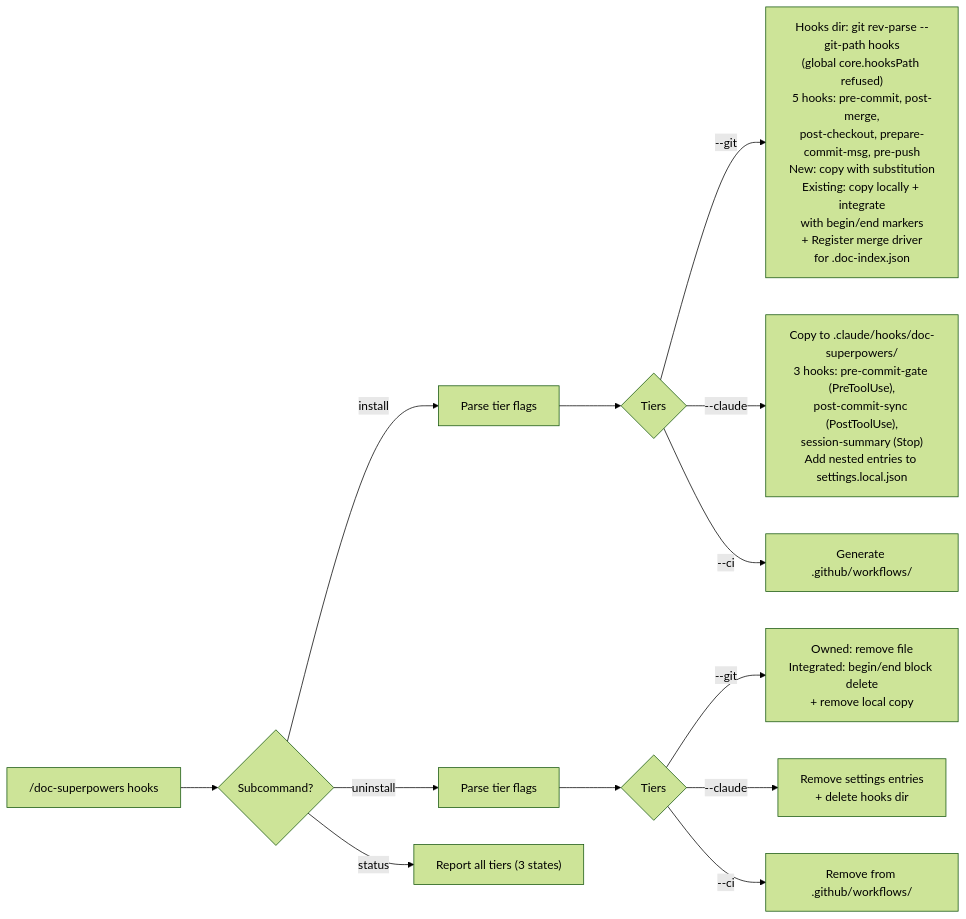
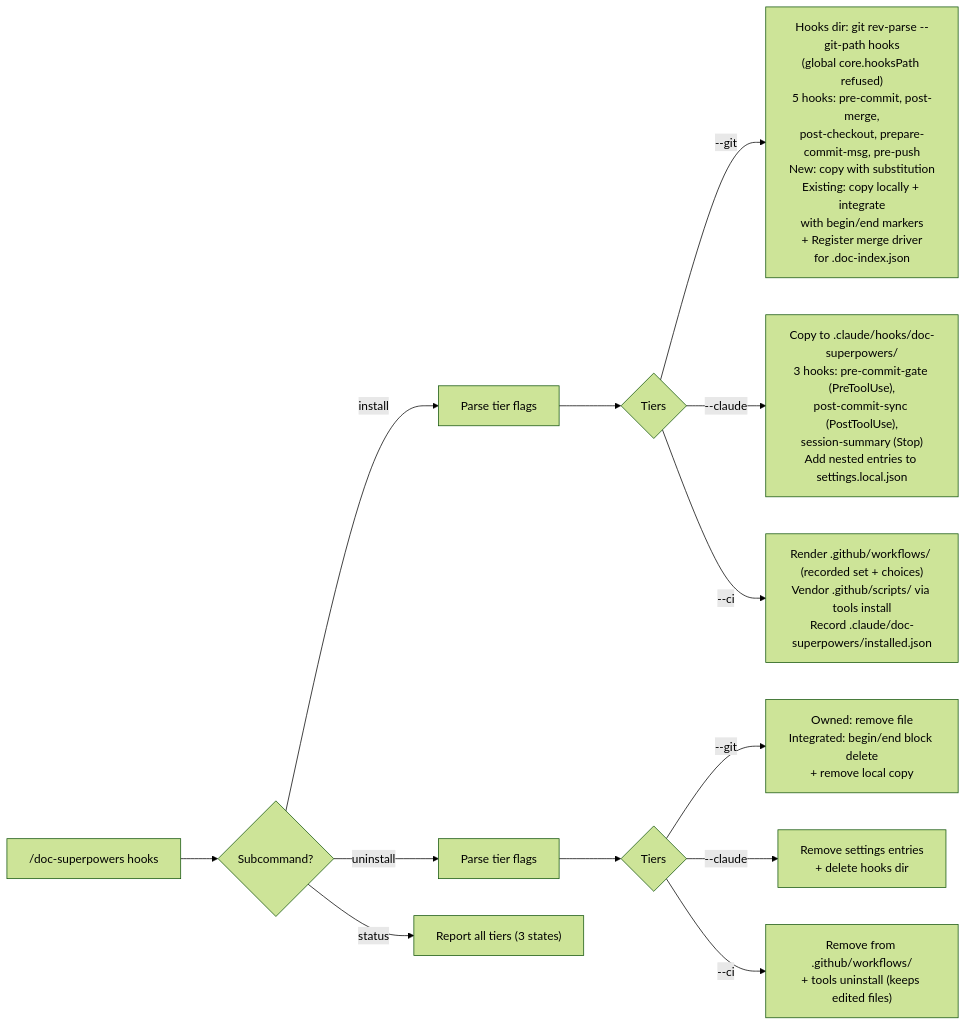
Before and after one commit to woodrowpearson/doc-superpowers: the fifth of 10 diagrams in docs/workflows/doc-superpowers.md, drawn with Mermaid (forest theme). The commit also changed other lines of this file and 22 other files, not shown here.

````diff
--- a/docs/workflows/doc-superpowers.md
+++ b/docs/workflows/doc-superpowers.md
@@ -430,15 +435,15 @@
 ```mermaid
 flowchart LR
   A["/doc-superpowers hooks"] --> B{Subcommand?}
   B -->|install| C["Parse tier flags"]
   B -->|uninstall| D["Parse tier flags"]
   B -->|status| E["Report all tiers (3 states)"]
   C --> F{Tiers}
   F -->|--git| G["Hooks dir: git rev-parse --git-path hooks\n(global core.hooksPath refused)\n5 hooks: pre-commit, post-merge,\npost-checkout, prepare-commit-msg, pre-push\nNew: copy with substitution\nExisting: copy locally + integrate\nwith begin/end markers\n+ Register merge driver\nfor .doc-index.json"]
   F -->|--claude| H["Copy to .claude/hooks/doc-superpowers/\n3 hooks: pre-commit-gate (PreToolUse),\npost-commit-sync (PostToolUse),\nsession-summary (Stop)\nAdd nested entries to settings.local.json"]
-  F -->|--ci| I["Generate .github/workflows/"]
+  F -->|--ci| I["Render .github/workflows/ (recorded set + choices)\nVendor .github/scripts/ via tools install\nRecord .claude/doc-superpowers/installed.json"]
   D --> J{Tiers}
   J -->|--git| K["Owned: remove file\nIntegrated: begin/end block delete\n+ remove local copy"]
   J -->|--claude| L["Remove settings entries\n+ delete hooks dir"]
-  J -->|--ci| M["Remove from .github/workflows/"]
+  J -->|--ci| M["Remove from .github/workflows/\n+ tools uninstall (keeps edited files)"]
 ```
````
